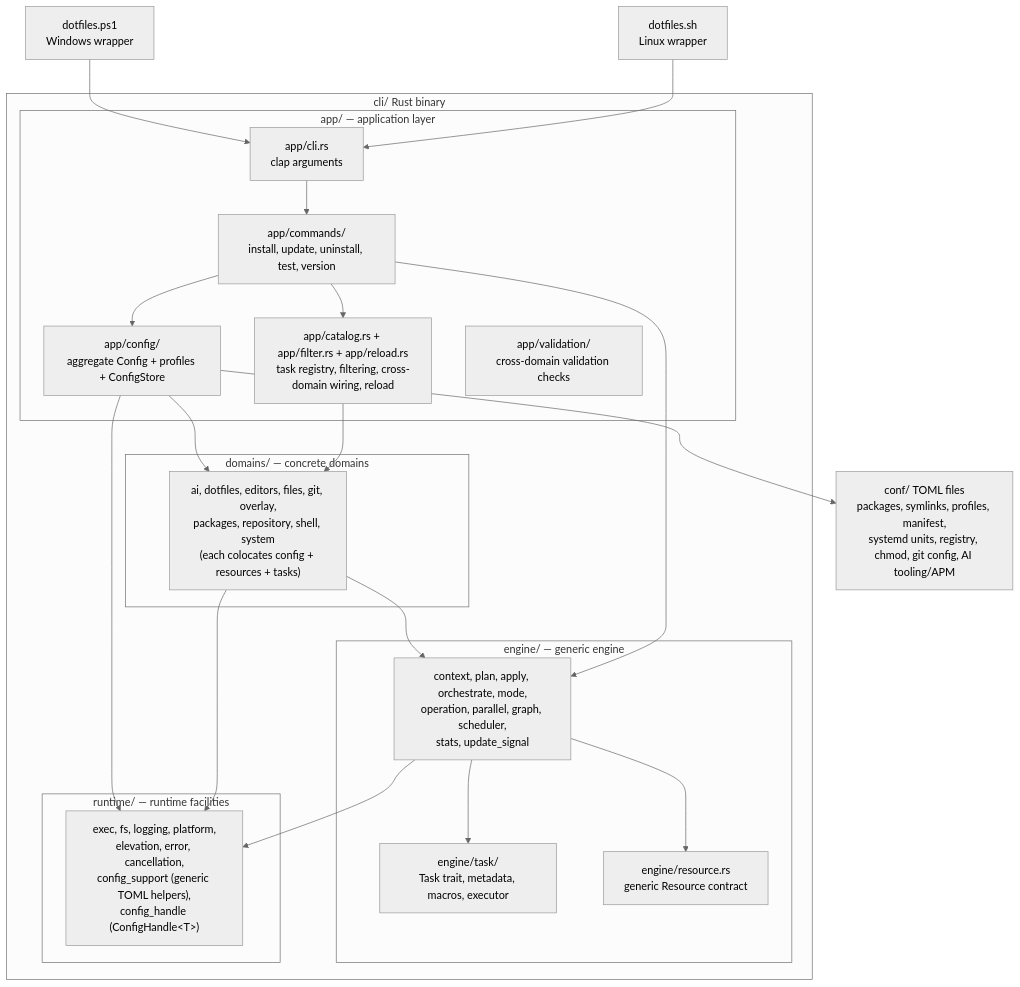
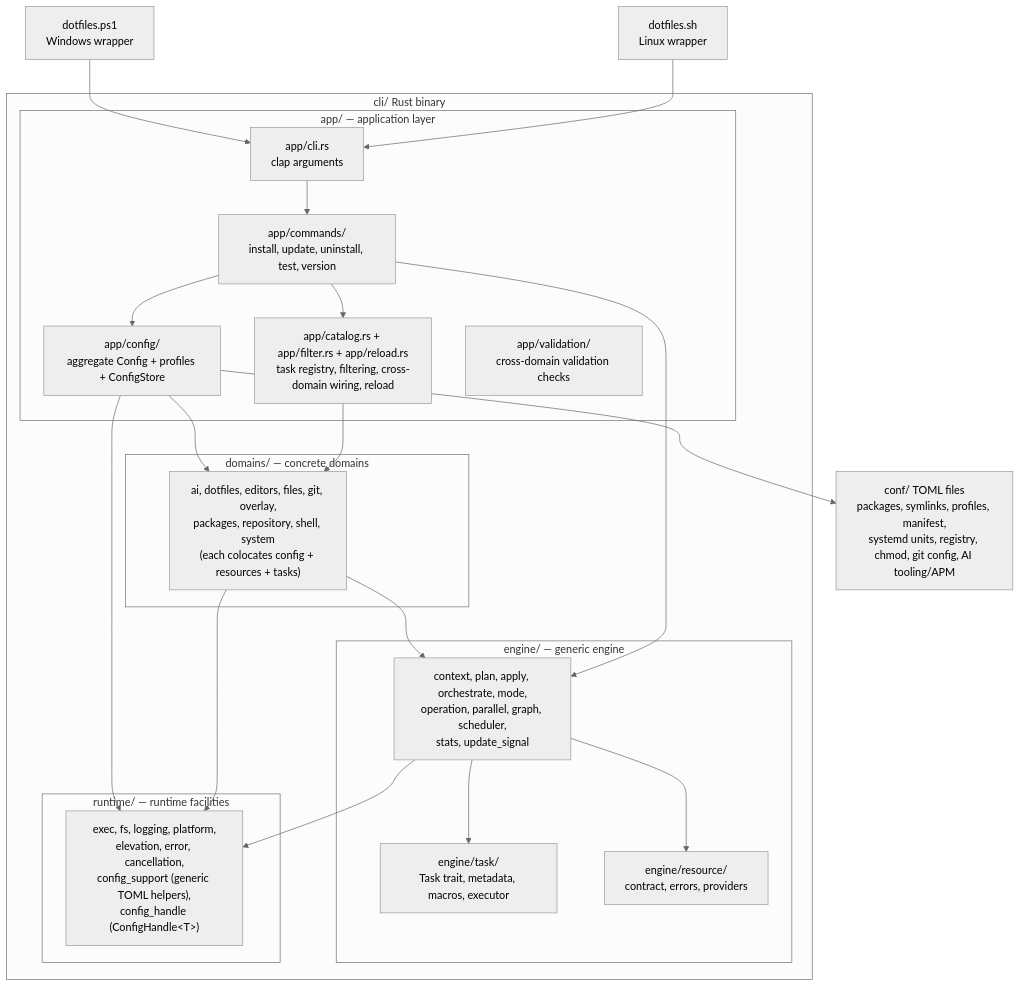
The diagram in docs/ARCHITECTURE.md (sneivandt/dotfiles), drawn with Mermaid (neutral theme) before and after one commit. The commit also changed other lines of this file and 5 other files, not shown here.

````diff
--- a/docs/ARCHITECTURE.md
+++ b/docs/ARCHITECTURE.md
@@ -61,43 +61,43 @@
 ```mermaid
 flowchart TD
     linux["dotfiles.sh<br/>Linux wrapper"]
     windows["dotfiles.ps1<br/>Windows wrapper"]
 
     linux --> cli
     windows --> cli
 
     subgraph rust_binary["cli/ Rust binary"]
         subgraph app_layer["app/ — application layer"]
             cli["app/cli.rs<br/>clap arguments"]
             commands["app/commands/<br/>install, update, uninstall, test, version"]
             appconfig["app/config/<br/>aggregate Config + profiles + ConfigStore"]
             catalog["app/catalog.rs + app/filter.rs + app/reload.rs<br/>task registry, filtering, cross-domain wiring, reload"]
             validation["app/validation/<br/>cross-domain validation checks"]
         end
         subgraph domains_layer["domains/ — concrete domains"]
             domains["ai, dotfiles, editors, files, git, overlay,<br/>packages, repository, shell, system<br/>(each colocates config + resources + tasks)"]
         end
         subgraph engine_layer["engine/ — generic engine"]
             engine["context, plan, apply, orchestrate, mode,<br/>operation, parallel, graph, scheduler,<br/>stats, update_signal"]
             task["engine/task/<br/>Task trait, metadata, macros, executor"]
-            resource["engine/resource.rs<br/>generic Resource contract"]
+            resource["engine/resource/<br/>contract, errors, providers"]
         end
         subgraph runtime_layer["runtime/ — runtime facilities"]
             runtime["exec, fs, logging, platform,<br/>elevation, error, cancellation,<br/>config_support (generic TOML helpers),<br/>config_handle (ConfigHandle&lt;T&gt;)"]
         end
     end
 
     cli --> commands
     commands --> appconfig
     commands --> engine
     commands --> catalog
     catalog --> domains
     domains --> engine
     domains --> runtime
     engine --> resource
     engine --> task
     engine --> runtime
     appconfig --> domains
     appconfig --> runtime
     appconfig --> conf["conf/ TOML files<br/>packages, symlinks, profiles, manifest,<br/>systemd units, registry, chmod, git config, AI tooling/APM"]
 ```
````
